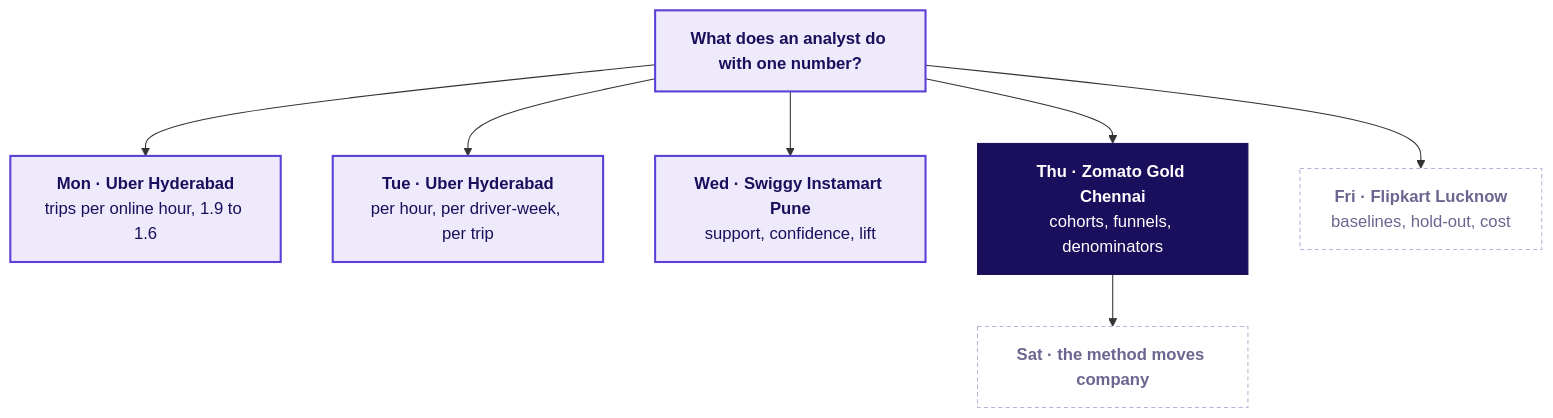
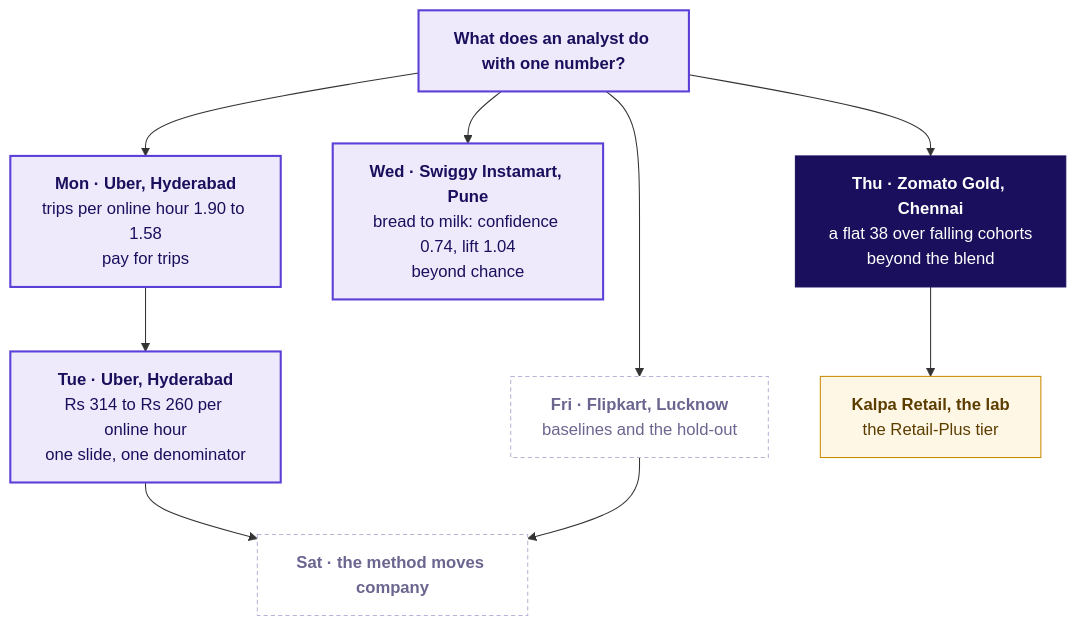
Before and after one commit to fde-academy-lab/c2-content-factory: the first of 6 diagrams in content/W04/D4/slides/C2_W04_D04_half1_STUDENT.md, drawn with Mermaid. The commit also changed other lines of this file and 43 other files, not shown here.

````diff
--- a/content/W04/D4/slides/C2_W04_D04_half1_STUDENT.md
+++ b/content/W04/D4/slides/C2_W04_D04_half1_STUDENT.md
@@ -44,22 +40,26 @@
 ```mermaid
 flowchart TD
     C["<b>What does an analyst do with one number?</b>"]
-    M["<b>Mon · Uber Hyderabad</b><br/>trips per online hour, 1.9 to 1.6"]
-    T["<b>Tue · Uber Hyderabad</b><br/>per hour, per driver-week, per trip"]
-    W["<b>Wed · Swiggy Instamart Pune</b><br/>support, confidence, lift"]
-    H["<b>Thu · Zomato Gold Chennai</b><br/>cohorts, funnels, denominators"]
-    F["<b>Fri · Flipkart Lucknow</b><br/>baselines, hold-out, cost"]
+    M["<b>Mon · Uber, Hyderabad</b><br/>trips per online hour 1.90 to 1.58<br/>pay for trips"]
+    T["<b>Tue · Uber, Hyderabad</b><br/>Rs 314 to Rs 260 per online hour<br/>one slide, one denominator"]
+    W["<b>Wed · Swiggy Instamart, Pune</b><br/>bread to milk: confidence 0.74, lift 1.04<br/>beyond chance"]
+    H["<b>Thu · Zomato Gold, Chennai</b><br/>a flat 38 over falling cohorts<br/>beyond the blend"]
+    F["<b>Fri · Flipkart, Lucknow</b><br/>baselines and the hold-out"]
     S["<b>Sat · the method moves company</b>"]
-    C --> M
-    C --> T
+    K["<b>Kalpa Retail, the lab</b><br/>the Retail-Plus tier"]
+    C --> M --> T
     C --> W
     C --> H
     C --> F
-    H --> S
+    H --> K
+    T --> S
+    F --> S
     classDef lit fill:#1A0F5C,stroke:#1A0F5C,color:#FFFFFF
     classDef known fill:#EEEAFB,stroke:#5B3FD6,color:#1A0F5C,stroke-width:2px
     classDef unknown fill:#FFFFFF,stroke:#B8B2D6,color:#6B6690,stroke-dasharray:4 3
+    classDef kalpa fill:#FFF7E6,stroke:#C98A00,color:#5C3D00
     class C,M,T,W known
     class H lit
     class F,S unknown
+    class K kalpa
 ```
````
